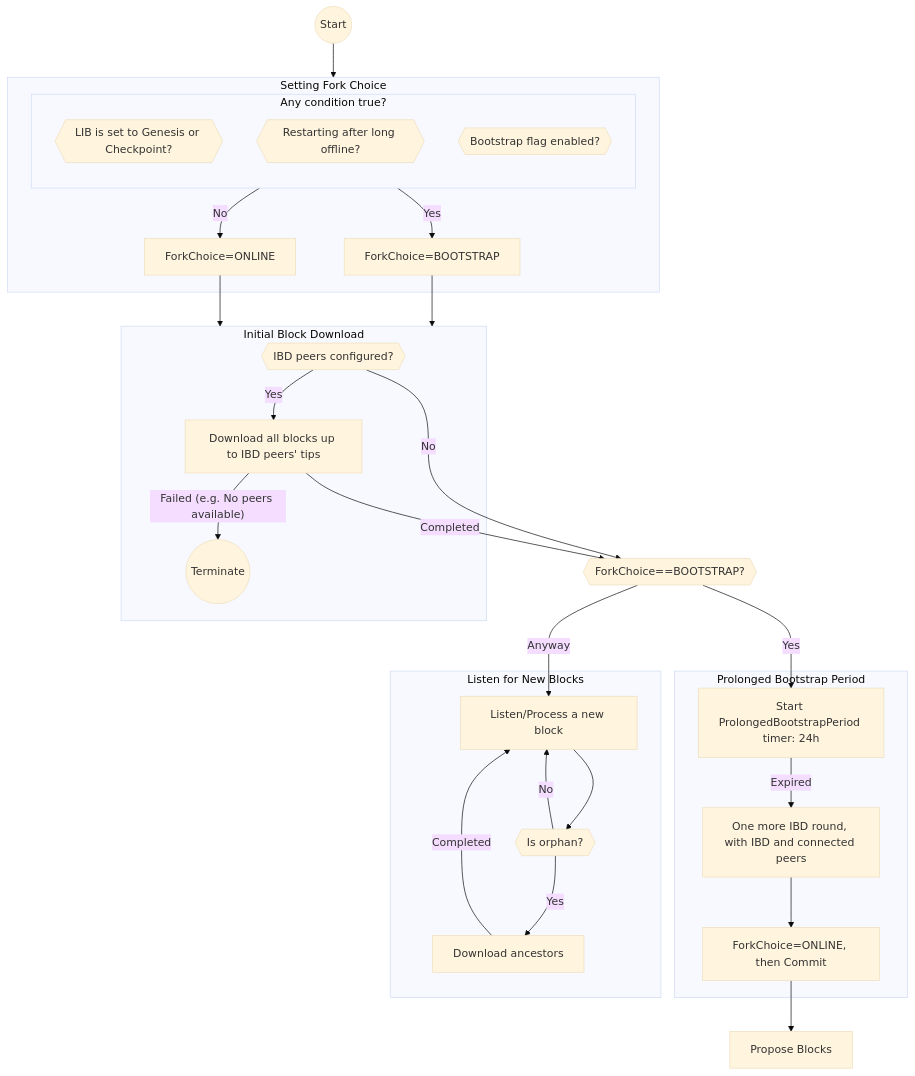
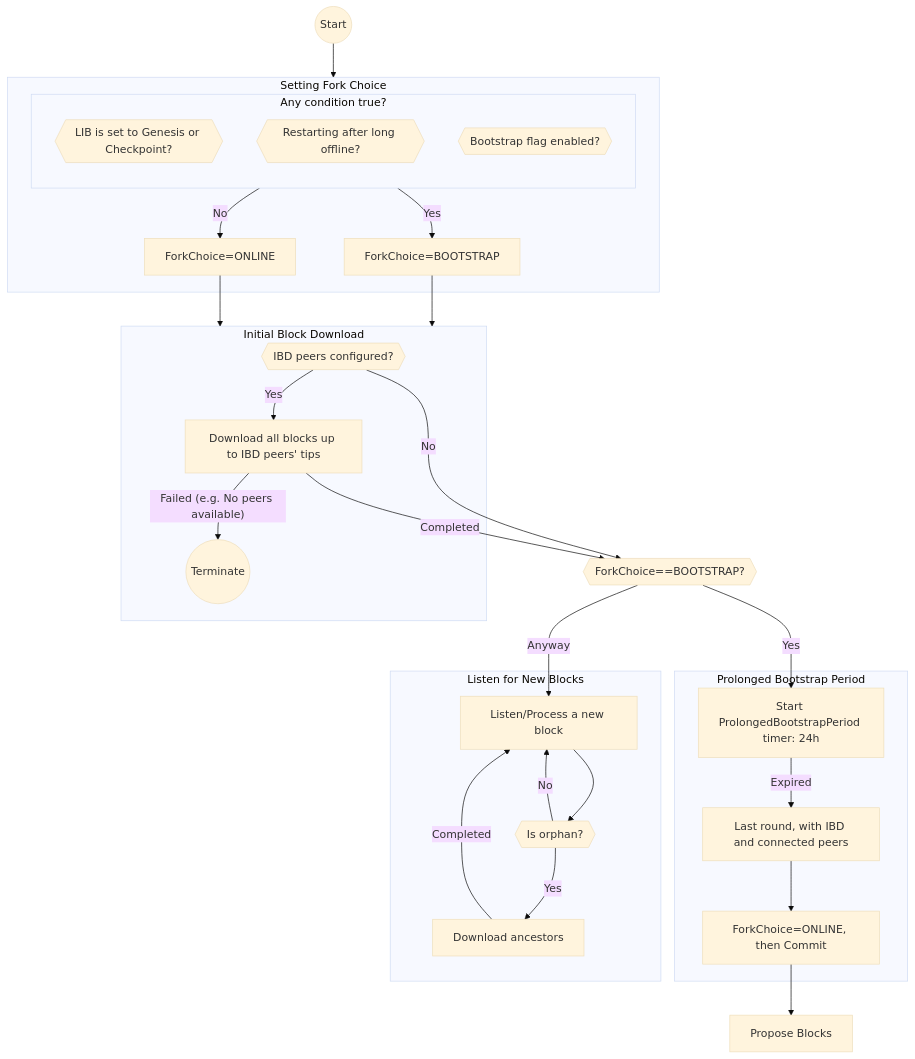
Before and after one commit to logos-co/logos-lips: the first of 2 diagrams in docs/blockchain/raw/cryptarchia-v1-bootstr-sync.md, drawn with Mermaid (base theme). The commit also changed other lines of this file, not shown here.

First line of the commit message:
docs(blockchain): download each tip from its peer in the last round, within T_offline

````diff
--- a/docs/blockchain/raw/cryptarchia-v1-bootstr-sync.md
+++ b/docs/blockchain/raw/cryptarchia-v1-bootstr-sync.md
@@ -58,36 +58,36 @@
 ```mermaid
 flowchart TD
     Start@{shape: circle, label: "Start"} --> SettingForkChoice
     subgraph SettingForkChoice[Setting Fork Choice]
         subgraph CheckBoostrap[Any condition true?]
             direction TB
             Cond1{{LIB is set to Genesis or Checkpoint?}}
             Cond2{{Restarting after long offline?}}
             Cond3{{Bootstrap flag enabled?}}
         end
     CheckBoostrap -->|Yes| SetBootstrap[ForkChoice=BOOTSTRAP]
     CheckBoostrap -->|No| SetOnline[ForkChoice=ONLINE]
     end
 
     SetBootstrap --> IBD
     SetOnline --> IBD
     subgraph IBD[Initial Block Download]
       IBDPeersConfigured{{IBD peers configured?}} --> |Yes|DownloadUpToTips
         DownloadUpToTips[Download all blocks up to IBD peers' tips] --> |"Failed (e.g. No peers available)"| Terminate@{shape: circle, label: "Terminate"}
     end
     IBDPeersConfigured --> |No|IsBootstrapRule
     DownloadUpToTips -->|Completed|IsBootstrapRule
     IsBootstrapRule{{ForkChoice==BOOTSTRAP?}}
     IsBootstrapRule -->|Yes|StartBootstrapPeriod
     IsBootstrapRule -->|Anyway|NewBlocks
     subgraph Prolonged Bootstrap Period
-        StartBootstrapPeriod[Start ProlongedBootstrapPeriod timer: 24h] --> |Expired|LastRound[One more IBD round, with IBD and connected peers] --> SetOnlineAfterBootstrap["ForkChoice=ONLINE, then Commit"]
+        StartBootstrapPeriod[Start ProlongedBootstrapPeriod timer: 24h] --> |Expired|LastRound[Last round, with IBD and connected peers] --> SetOnlineAfterBootstrap["ForkChoice=ONLINE, then Commit"]
     end
     SetOnlineAfterBootstrap --> ProposeBlocks[Propose Blocks]
     subgraph ListenNewBlocks[Listen for New Blocks]
         NewBlocks[Listen/Process a new block] --> CheckOrphan{{Is orphan?}}
         CheckOrphan -->|Yes| HandleOrphan[Download ancestors]
         CheckOrphan -->|No| NewBlocks
         HandleOrphan --> |Completed|NewBlocks
     end
 ```
````
